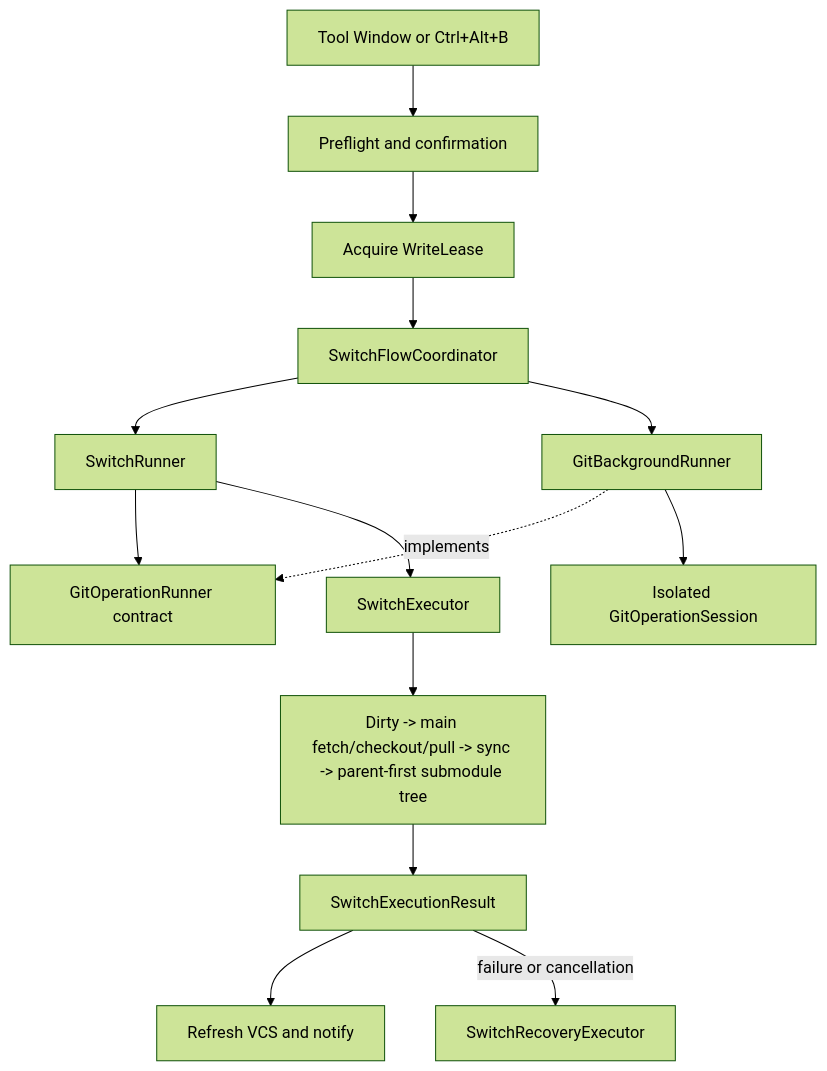
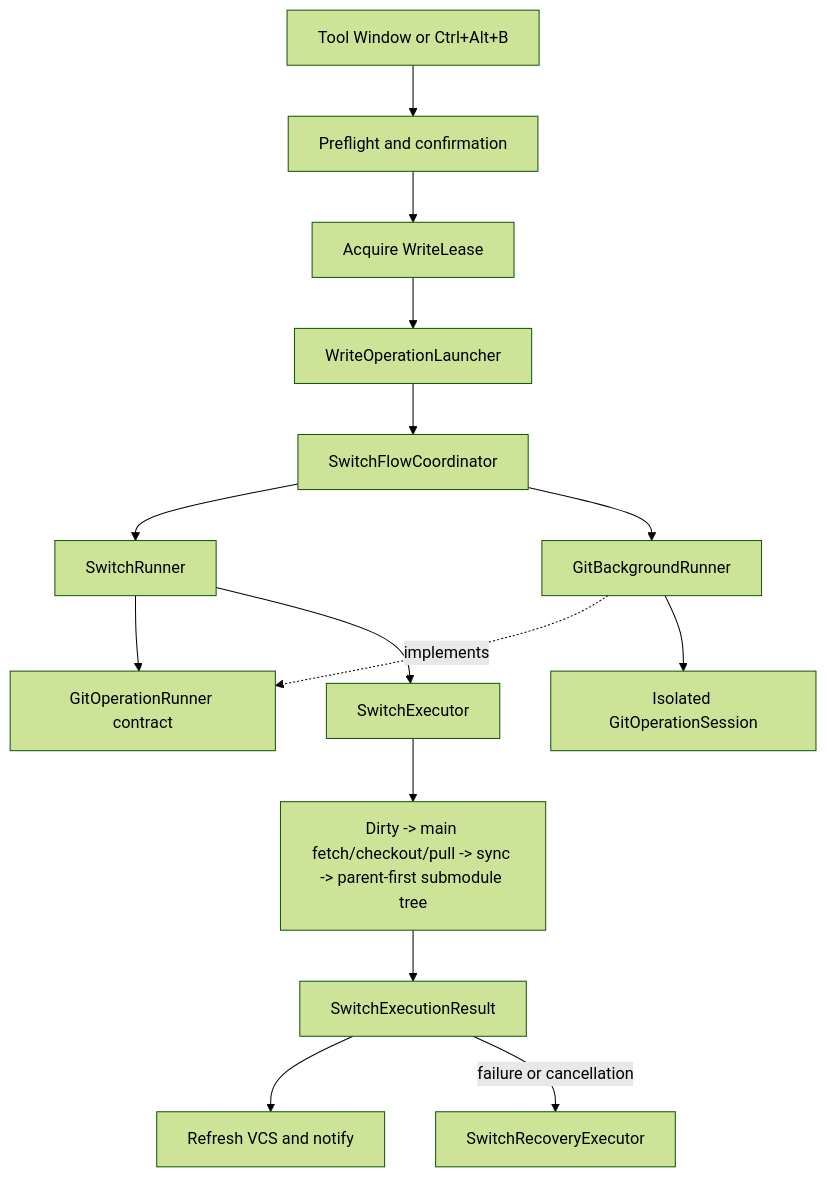
Before and after one commit to Tinyee/rider-branch-switcher: the second of 2 diagrams in docs/ARCHITECTURE.md, drawn with Mermaid (forest theme). The commit also changed other lines of this file and 40 other files, not shown here.

````diff
--- a/docs/ARCHITECTURE.md
+++ b/docs/ARCHITECTURE.md
@@ -112,16 +116,17 @@
 ```mermaid
 flowchart TD
     Entry["Tool Window or Ctrl+Alt+B"] --> Preflight["Preflight and confirmation"]
     Preflight --> Lease["Acquire WriteLease"]
-    Lease --> Flow["SwitchFlowCoordinator"]
+    Lease --> Launcher["WriteOperationLauncher"]
+    Launcher --> Flow["SwitchFlowCoordinator"]
     Flow --> Runner["SwitchRunner"]
     Flow --> Background["GitBackgroundRunner"]
     Runner --> Boundary["GitOperationRunner contract"]
     Background -. implements .-> Boundary
     Background --> Session["Isolated GitOperationSession"]
     Runner --> Executor["SwitchExecutor"]
     Executor --> Steps["Dirty -> main fetch/checkout/pull -> sync -> parent-first submodule tree"]
     Steps --> Result["SwitchExecutionResult"]
     Result --> Notify["Refresh VCS and notify"]
     Result -->|failure or cancellation| Recovery["SwitchRecoveryExecutor"]
 ```
````
